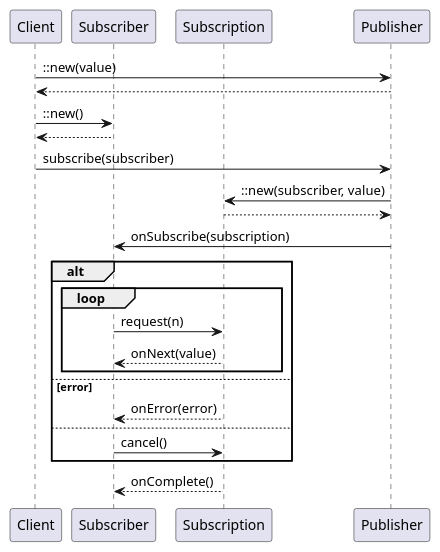
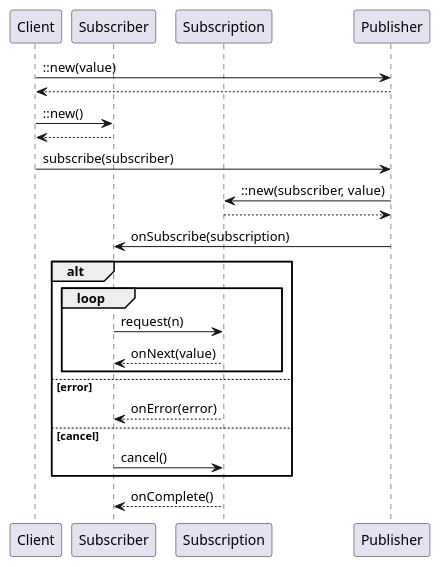
One commit to yanghoon/obsidian-workspace changed the diagram in _diary/2024-06-18.md. Above: the diagram before and after it, drawn with PlantUML.

Commit message:
vault backup: 2024-06-19 00:26:42

````diff
--- a/_diary/2024-06-18.md
+++ b/_diary/2024-06-18.md
@@ -3,33 +3,33 @@
 ```plantuml
 @startuml
 
 participant Client as Client
 participant Subscriber as Sub
 participant Subscription as Subn
 participant Publisher as Pub
 
 Client -> Pub: ::new(value)
 Client <-- Pub
 Client -> Sub: ::new()
 Client <-- Sub
 
 Client -> Pub: subscribe(subscriber)
 Pub -> Subn: ::new(subscriber, value)
 Pub <-- Subn
 Pub -> Sub: onSubscribe(subscription)
 
 alt
   group loop
     Sub -> Subn: request(n)
     Sub <-- Subn: onNext(value)
   end
 else error
   Sub <-- Subn: onError(error)
-else 
+else cancel
   Sub -> Subn: cancel()
 end
 
 Sub <-- Subn: onComplete()
 
 @enduml
 ```
````
